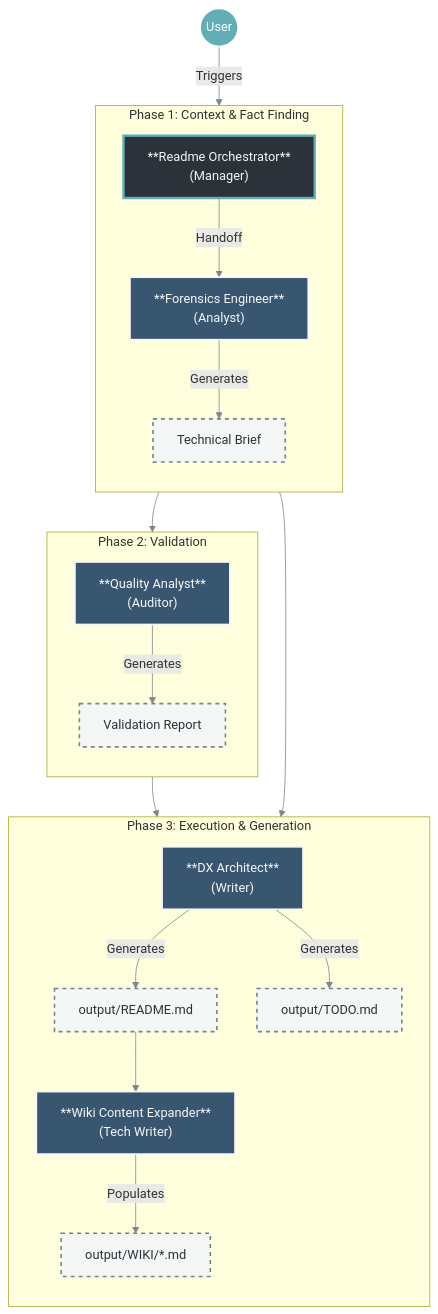
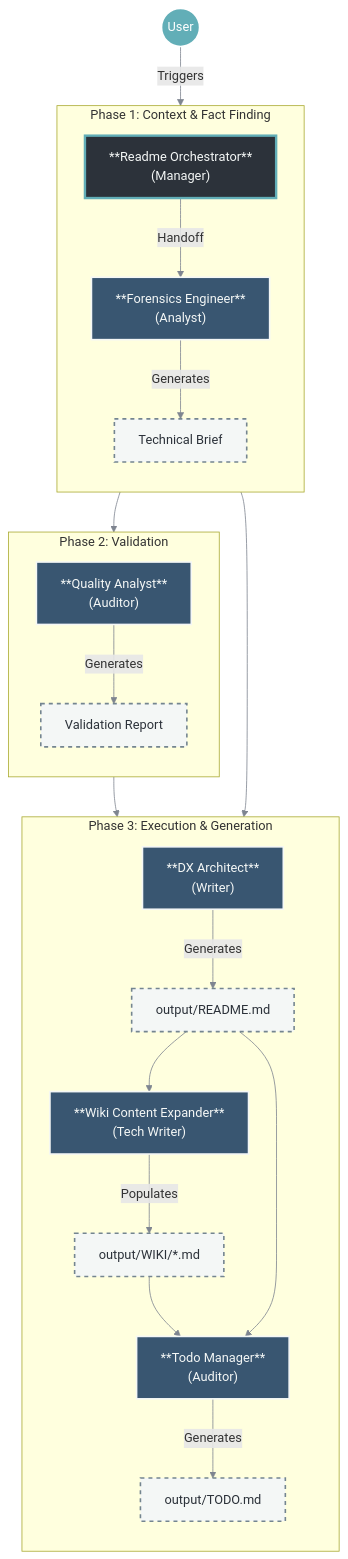
Before and after one commit to pr0methevs/agentic-doc-generator: the first of 2 diagrams in README.md, drawn with Mermaid. The commit also changed other lines of this file, not shown here.

Commit message:
docs: document new todo-manager agent and update DX architect's output

````diff
--- a/README.md
+++ b/README.md
@@ -19,43 +19,46 @@
 ```mermaid
     graph TD
     %% Theme Definitions - Nordic Slate
     classDef manager fill:#2c323a,stroke:#62aeb7,stroke-width:3px,color:#f4f7f6
     classDef worker fill:#395671,stroke:#f4f7f6,stroke-width:2px,color:#f4f7f6
     classDef artifact fill:#f4f7f6,stroke:#748590,stroke-width:2px,stroke-dasharray: 5 5,color:#2c323a
     classDef user fill:#62aeb7,stroke:#fff,stroke-width:2px,color:#fff
     linkStyle default stroke:#748590,stroke-width:2px
 
     User((User)) -->|Triggers| Orch["**Readme Orchestrator**<br/>(Manager)"]
     
     subgraph "Phase 1: Context & Fact Finding"
         direction TB
         Orch -->|Handoff| Forensics["**Forensics Engineer**<br/>(Analyst)"]
         Forensics -->|Generates| Brief[Technical Brief]
     end
 
     subgraph "Phase 2: Validation"
         direction TB
         Brief --> QA["**Quality Analyst**<br/>(Auditor)"]
         QA -->|Generates| Report[Validation Report]
     end
 
     subgraph "Phase 3: Execution & Generation"
         direction TB
         Report --> DX["**DX Architect**<br/>(Writer)"]
         DX -->|Generates| README[output/README.md]
-        DX -->|Generates| TODO[output/TODO.md]
         
         README --> WikiExp["**Wiki Content Expander**<br/>(Tech Writer)"]
         Brief --> WikiExp
         WikiExp -->|Populates| Wiki[output/WIKI/*.md]
+
+        Wiki --> TodoMgr["**Todo Manager**<br/>(Auditor)"]
+        README --> TodoMgr
+        TodoMgr -->|Generates| TODO[output/TODO.md]
     end
 
     %% Apply Styles
     class Orch manager
-    class Forensics,QA,DX,WikiExp worker
+    class Forensics,QA,DX,WikiExp,TodoMgr worker
     class Brief,Report,README,TODO,Wiki artifact
     class User user
     
     %% Global Styling
     linkStyle default stroke:#7e8590,stroke-width:1px
 ```
````
